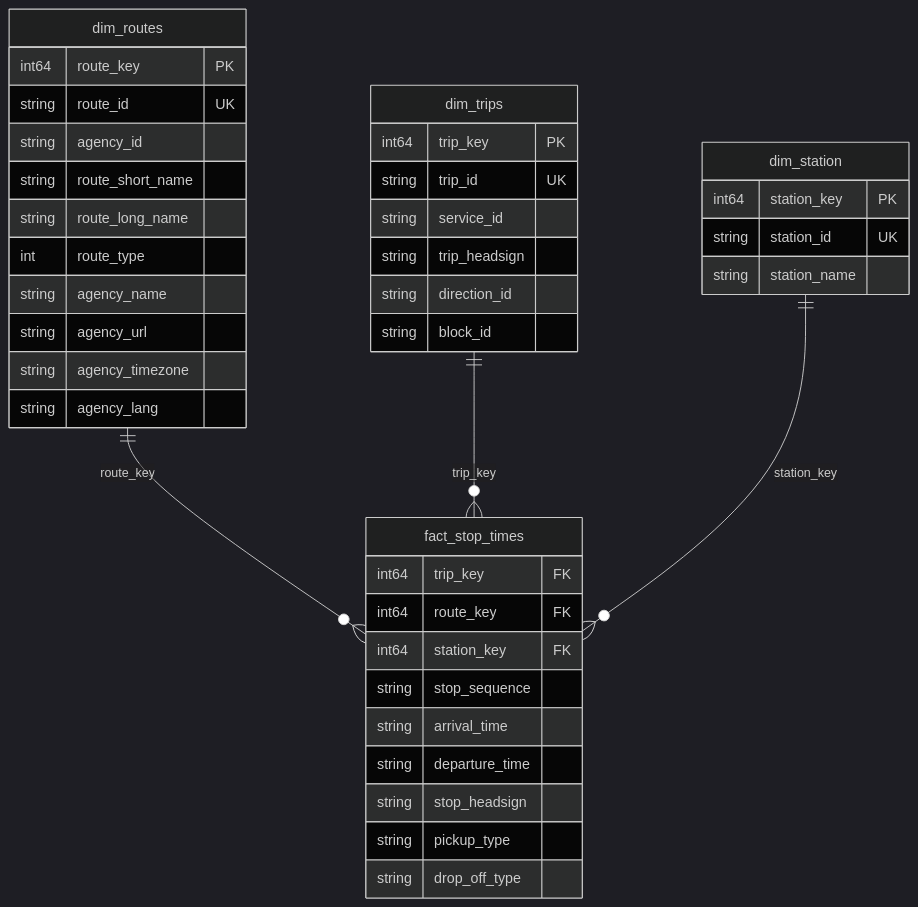
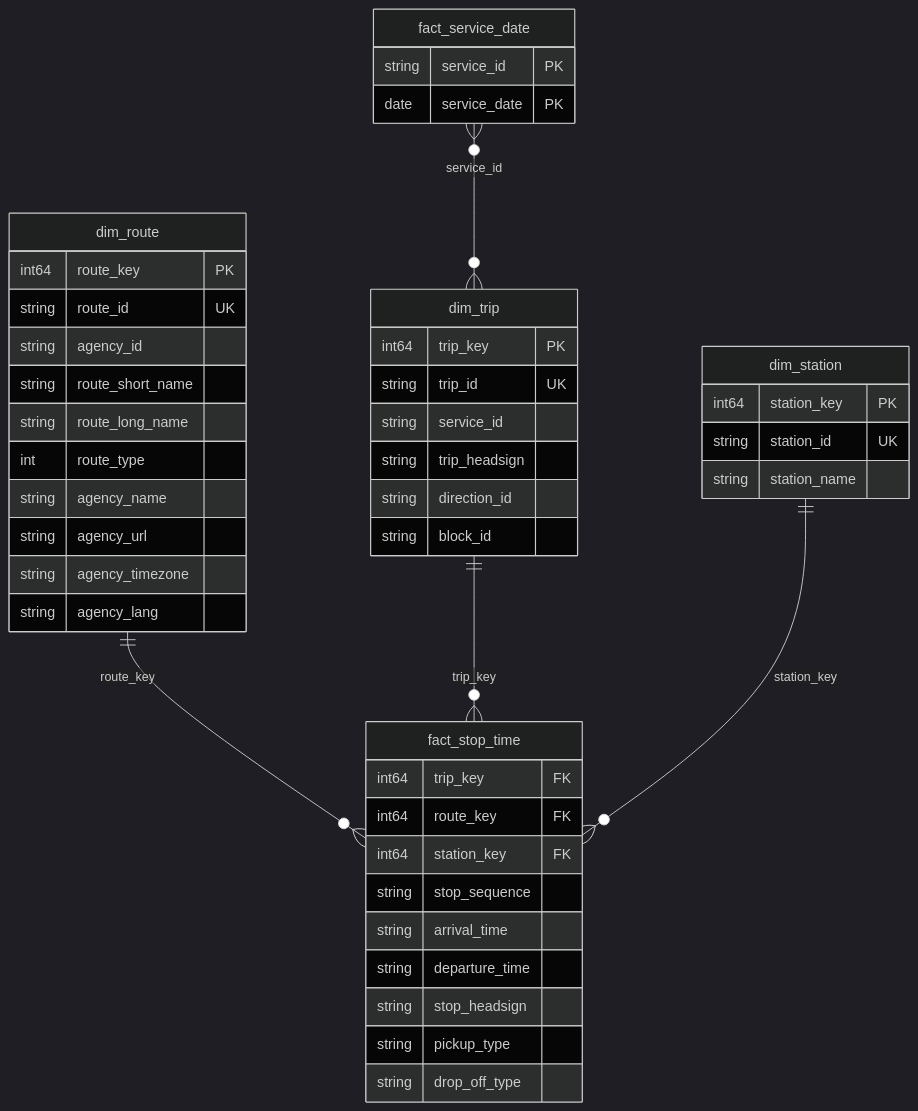
One commit to sol239/european-railway-project changed the diagram in docs/dimensional-model.md. Above: the diagram before and after it, drawn with Mermaid (dark theme). The commit also changed other lines of this file and 38 other files, not shown here.

````diff
--- a/docs/dimensional-model.md
+++ b/docs/dimensional-model.md
@@ -151,46 +174,53 @@
 ```mermaid
 erDiagram
-    dim_routes ||--o{ fact_stop_times : route_key
-    dim_trips ||--o{ fact_stop_times : trip_key
-    dim_station ||--o{ fact_stop_times : station_key
+    fact_service_date }o--o{ dim_trip : service_id
 
-    dim_routes {
+    fact_service_date {
+        string service_id PK
+        date service_date PK
+    }
+
+    dim_route ||--o{ fact_stop_time : route_key
+    dim_trip ||--o{ fact_stop_time : trip_key
+    dim_station ||--o{ fact_stop_time : station_key
+
+    dim_route {
         int64 route_key PK
         string route_id UK
         string agency_id
         string route_short_name
         string route_long_name
         int route_type
         string agency_name
         string agency_url
         string agency_timezone
         string agency_lang
     }
 
     dim_station {
         int64 station_key PK
         string station_id UK
         string station_name
     }
 
-    dim_trips {
+    dim_trip {
         int64 trip_key PK
         string trip_id UK
         string service_id
         string trip_headsign
         string direction_id
         string block_id
     }
 
-    fact_stop_times {
+    fact_stop_time {
         int64 trip_key FK
         int64 route_key FK
         int64 station_key FK
         string stop_sequence
         string arrival_time
         string departure_time
         string stop_headsign
         string pickup_type
         string drop_off_type
     }
 ```
````
